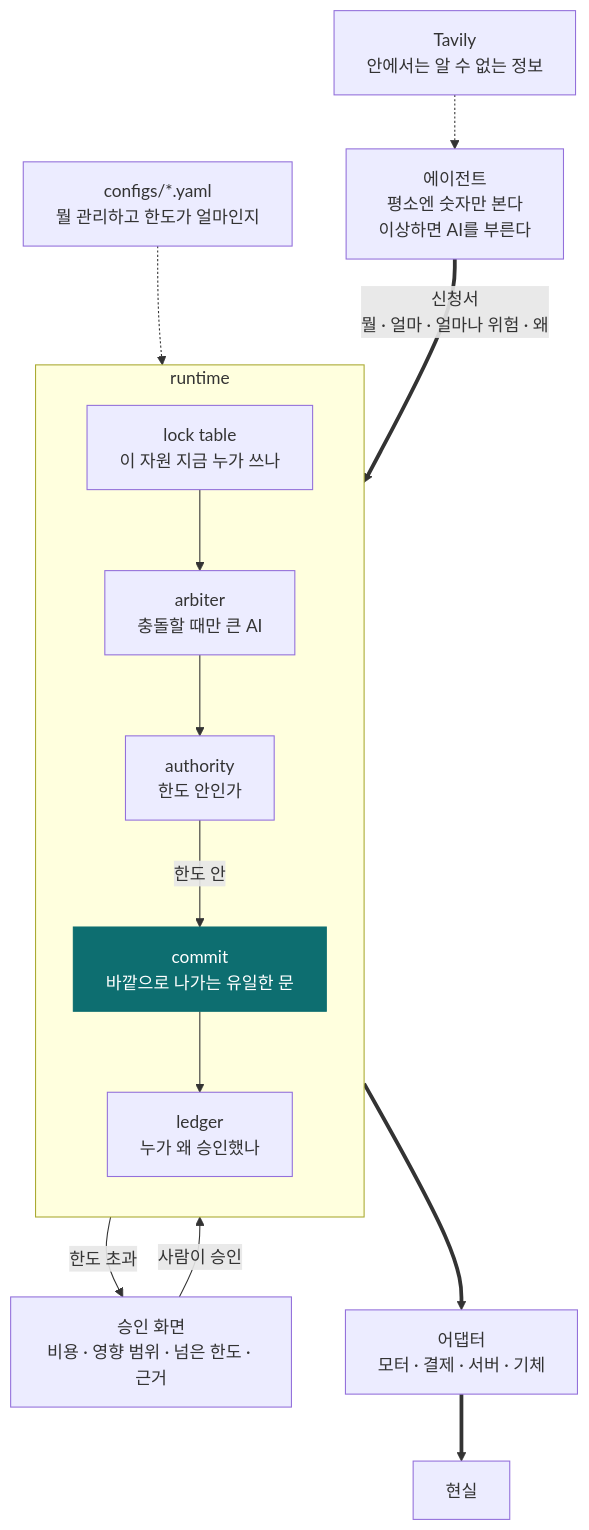
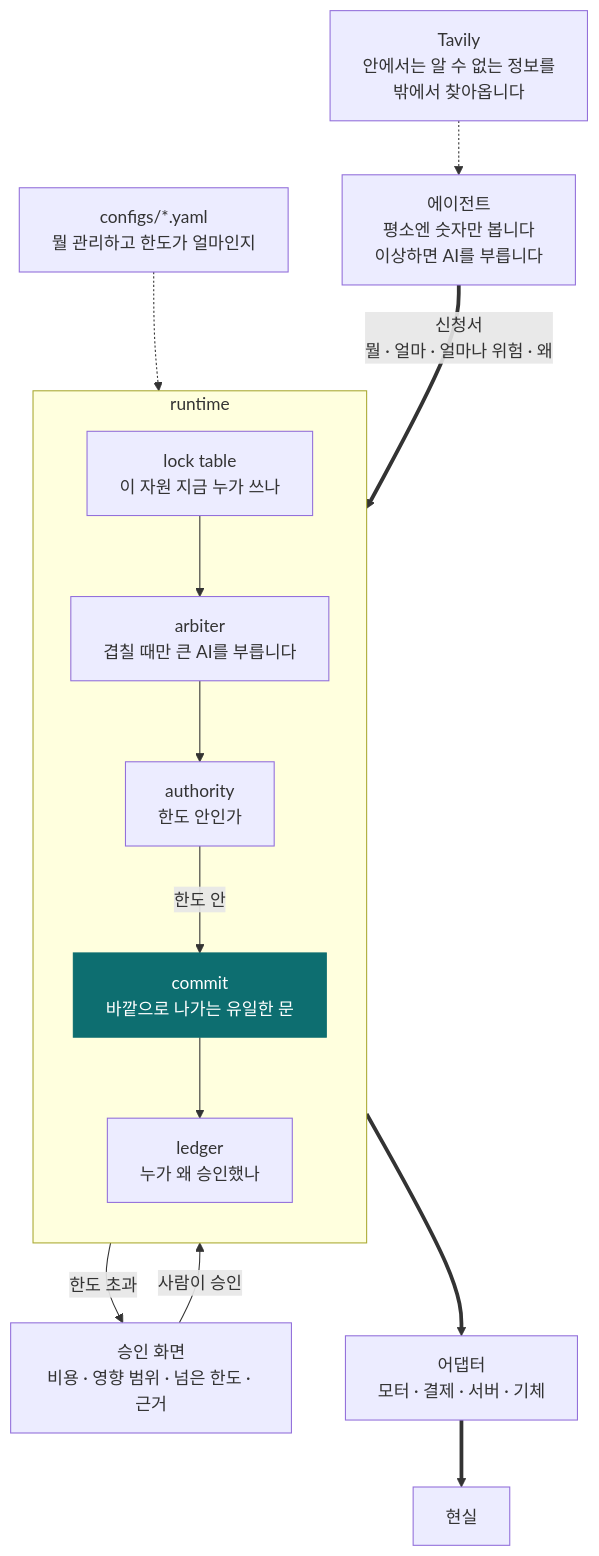
Before and after one commit to liebertar/attache: the first of 2 diagrams in README.md, drawn with Mermaid. The commit also changed other lines of this file, not shown here.

````diff
--- a/README.md
+++ b/README.md
@@ -82,30 +83,30 @@
 ```mermaid
 flowchart TB
-    AG["에이전트<br/>평소엔 숫자만 본다<br/>이상하면 AI를 부른다"]
-    TAV["Tavily<br/>안에서는 알 수 없는 정보"]
+    AG["에이전트<br/>평소엔 숫자만 봅니다<br/>이상하면 AI를 부릅니다"]
+    TAV["Tavily<br/>안에서는 알 수 없는 정보를<br/>밖에서 찾아옵니다"]
     CFG["configs/*.yaml<br/>뭘 관리하고 한도가 얼마인지"]
 
     TAV -.-> AG
     CFG -.-> LOCK
     AG ==>|"신청서<br/>뭘 · 얼마 · 얼마나 위험 · 왜"| LOCK
 
     subgraph RT["runtime"]
         direction TB
         LOCK["lock table<br/>이 자원 지금 누가 쓰나"]
-        ARB["arbiter<br/>충돌할 때만 큰 AI"]
+        ARB["arbiter<br/>겹칠 때만 큰 AI를 부릅니다"]
         AUTH["authority<br/>한도 안인가"]
         COMMIT["commit<br/>바깥으로 나가는 유일한 문"]
         LEDGER["ledger<br/>누가 왜 승인했나"]
         LOCK --> ARB --> AUTH
         AUTH -->|"한도 안"| COMMIT
         COMMIT --> LEDGER
     end
 
     AUTH -->|"한도 초과"| HUMAN["승인 화면<br/>비용 · 영향 범위 · 넘은 한도 · 근거"]
     HUMAN -->|"사람이 승인"| COMMIT
     COMMIT ==> ADAPT["어댑터<br/>모터 · 결제 · 서버 · 기체"]
     ADAPT ==> WORLD["현실"]
 
     classDef gate fill:#0d6e70,stroke:#0d6e70,color:#fff
     class COMMIT gate
 ```
````
